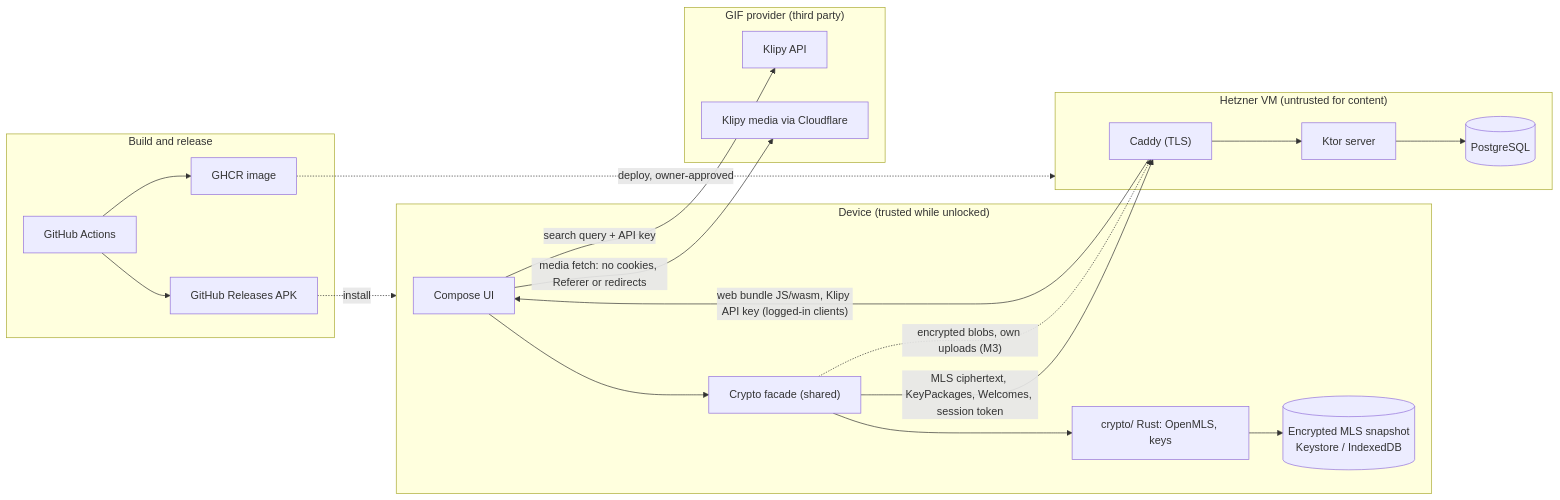
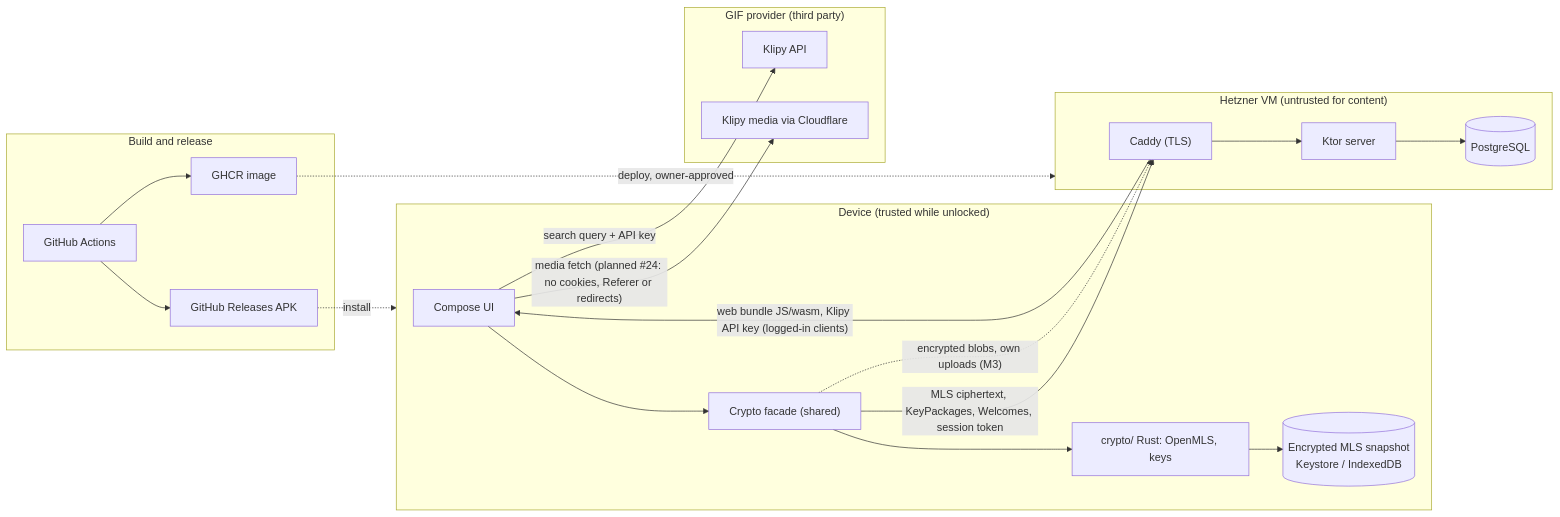
One commit to paul-learning/GifItUp changed the diagram in docs/security/threat-model.md. Above: the diagram before and after it, drawn with Mermaid. The commit also changed other lines of this file and 3 other files, not shown here.

````diff
--- a/docs/security/threat-model.md
+++ b/docs/security/threat-model.md
@@ -15,27 +15,27 @@
 ```mermaid
 flowchart LR
   subgraph DEV["Device (trusted while unlocked)"]
     UI["Compose UI"] --> FAC["Crypto facade (shared)"]
     FAC --> CR["crypto/ Rust: OpenMLS, keys"]
     CR --> ST[("Encrypted MLS snapshot<br/>Keystore / IndexedDB")]
   end
   subgraph VM["Hetzner VM (untrusted for content)"]
     CADDY["Caddy (TLS)"] --> SRV["Ktor server"]
     SRV --> DB[("PostgreSQL")]
   end
   subgraph GIFP["GIF provider (third party)"]
     API["Klipy API"]
     CDN["Klipy media via Cloudflare"]
   end
   subgraph BUILD["Build and release"]
     GH["GitHub Actions"] --> GHCR["GHCR image"]
     GH --> REL["GitHub Releases APK"]
   end
   FAC -- "MLS ciphertext, KeyPackages, Welcomes, session token" --> CADDY
   CADDY -- "web bundle JS/wasm, Klipy API key (logged-in clients)" --> UI
   UI -- "search query + API key" --> API
-  UI -- "media fetch: no cookies, Referer or redirects" --> CDN
+  UI -- "media fetch (planned #24: no cookies, Referer or redirects)" --> CDN
   FAC -. "encrypted blobs, own uploads (M3)" .-> CADDY
   GHCR -. "deploy, owner-approved" .-> VM
   REL -. "install" .-> DEV
 ```
````
